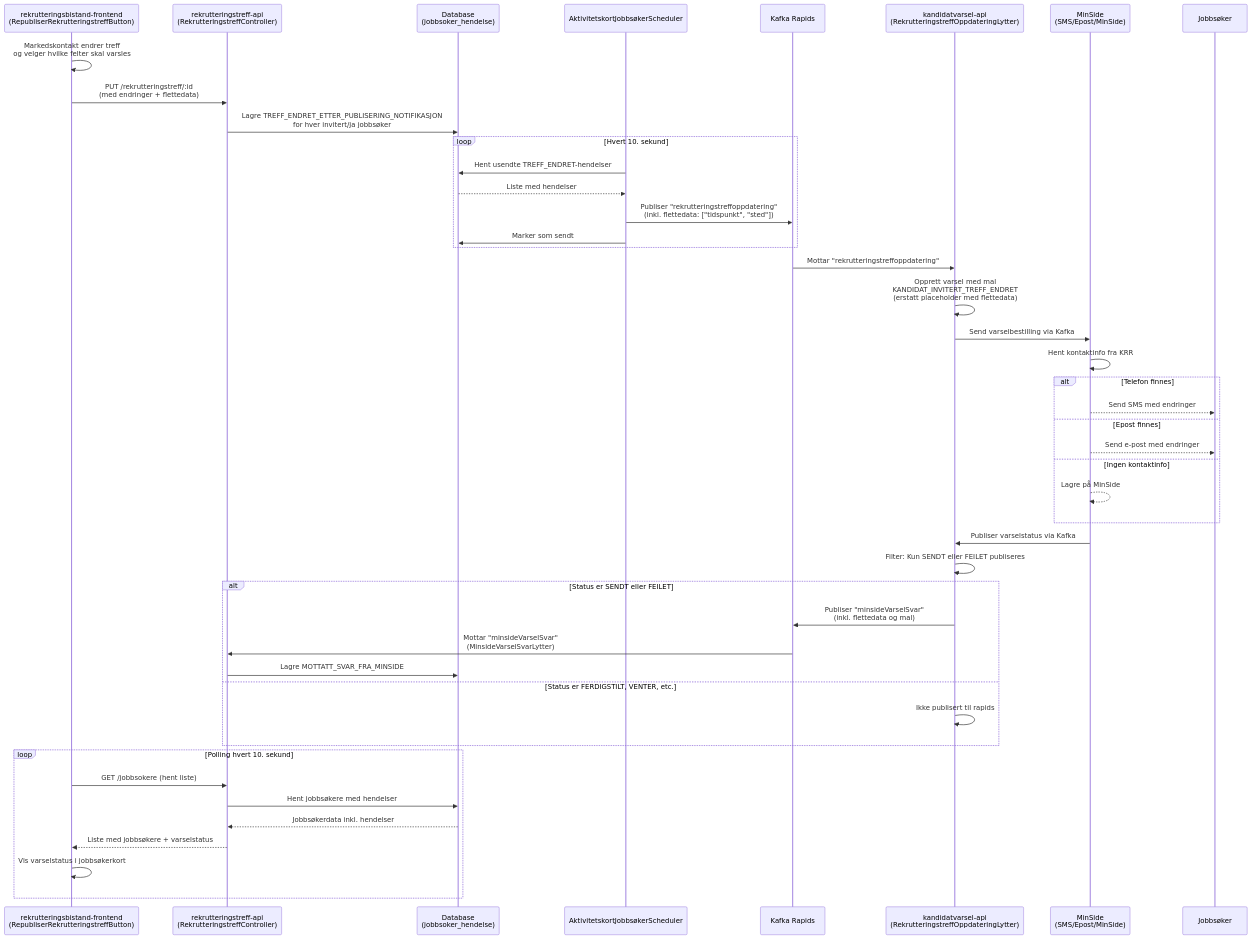
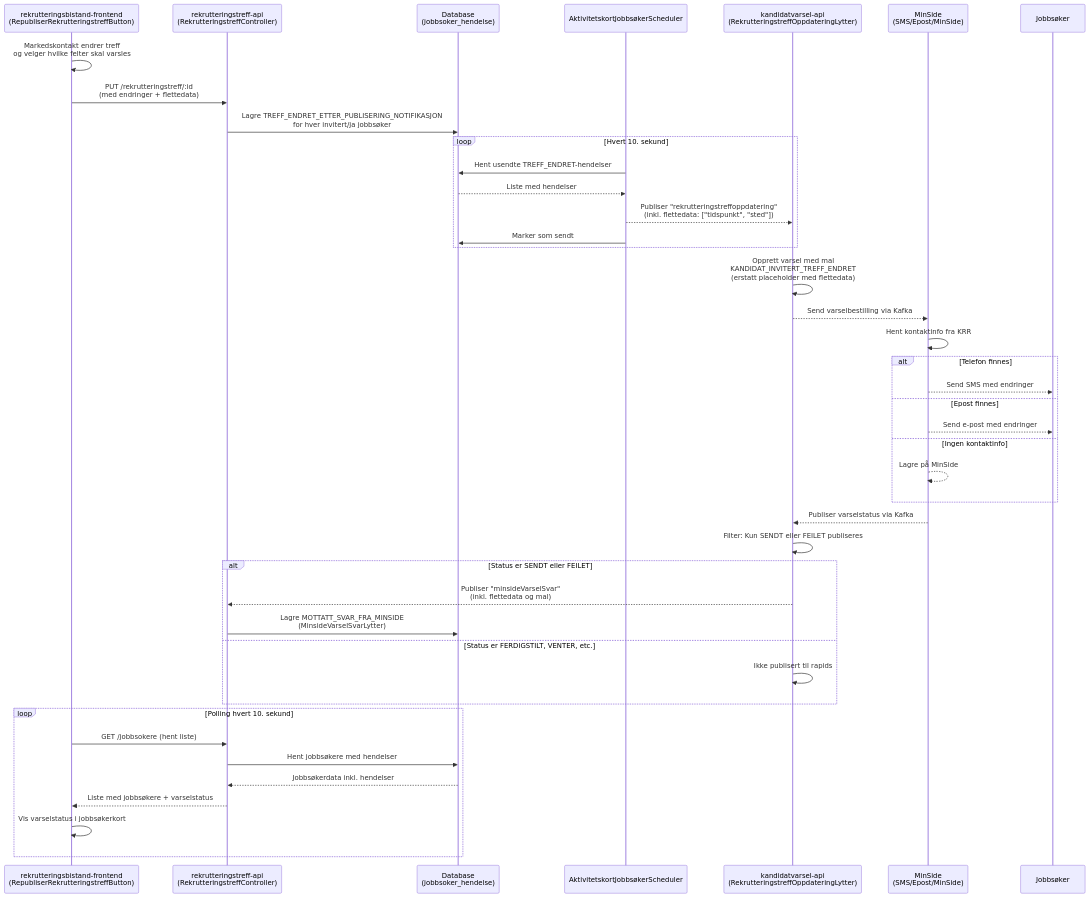
One commit to navikt/rekrutteringstreff-backend changed the second of 2 diagrams in docs/4-integrasjoner/varsling.md. Above: the diagram before and after it, drawn with Mermaid. The commit also changed other lines of this file and 2 other files, not shown here.

````diff
--- a/docs/4-integrasjoner/varsling.md
+++ b/docs/4-integrasjoner/varsling.md
@@ -142,53 +144,50 @@
 ```mermaid
 sequenceDiagram
     participant FE as rekrutteringsbistand-frontend<br/>(RepubliserRekrutteringstreffButton)
     participant API as rekrutteringstreff-api<br/>(RekrutteringstreffController)
     participant DB as Database<br/>(jobbsoker_hendelse)
     participant Scheduler as AktivitetskortJobbsøkerScheduler
-    participant Rapids as Kafka Rapids
     participant KV as kandidatvarsel-api<br/>(RekrutteringstreffOppdateringLytter)
     participant MS as MinSide<br/>(SMS/Epost/MinSide)
 
     FE->>FE: Markedskontakt endrer treff<br/>og velger hvilke felter skal varsles
     FE->>API: PUT /rekrutteringstreff/:id<br/>(med endringer + flettedata)
     API->>DB: Lagre TREFF_ENDRET_ETTER_PUBLISERING_NOTIFIKASJON<br/>for hver invitert/ja jobbsøker
 
     loop Hvert 10. sekund
         Scheduler->>DB: Hent usendte TREFF_ENDRET-hendelser
         DB-->>Scheduler: Liste med hendelser
-        Scheduler->>Rapids: Publiser "rekrutteringstreffoppdatering"<br/>(inkl. flettedata: ["tidspunkt", "sted"])
+        Scheduler-->>KV: Publiser "rekrutteringstreffoppdatering"<br/>(inkl. flettedata: ["tidspunkt", "sted"])
         Scheduler->>DB: Marker som sendt
     end
 
-    Rapids->>KV: Mottar "rekrutteringstreffoppdatering"
     KV->>KV: Opprett varsel med mal<br/>KANDIDAT_INVITERT_TREFF_ENDRET<br/>(erstatt placeholder med flettedata)
-    KV->>MS: Send varselbestilling via Kafka
+    KV-->>MS: Send varselbestilling via Kafka
 
     MS->>MS: Hent kontaktinfo fra KRR
     alt Telefon finnes
         MS-->>Jobbsøker: Send SMS med endringer
     else Epost finnes
         MS-->>Jobbsøker: Send e-post med endringer
     else Ingen kontaktinfo
         MS-->>MS: Lagre på MinSide
     end
 
-    MS->>KV: Publiser varselstatus via Kafka
+    MS-->>KV: Publiser varselstatus via Kafka
     KV->>KV: Filter: Kun SENDT eller FEILET publiseres
 
     alt Status er SENDT eller FEILET
-        KV->>Rapids: Publiser "minsideVarselSvar"<br/>(inkl. flettedata og mal)
-        Rapids->>API: Mottar "minsideVarselSvar"<br/>(MinsideVarselSvarLytter)
-        API->>DB: Lagre MOTTATT_SVAR_FRA_MINSIDE
+        KV-->>API: Publiser "minsideVarselSvar"<br/>(inkl. flettedata og mal)
+        API->>DB: Lagre MOTTATT_SVAR_FRA_MINSIDE<br/>(MinsideVarselSvarLytter)
     else Status er FERDIGSTILT, VENTER, etc.
         KV->>KV: Ikke publisert til rapids
     end
 
     loop Polling hvert 10. sekund
         FE->>API: GET /jobbsokere (hent liste)
         API->>DB: Hent jobbsøkere med hendelser
         DB-->>API: Jobbsøkerdata inkl. hendelser
         API-->>FE: Liste med jobbsøkere + varselstatus
         FE->>FE: Vis varselstatus i jobbsøkerkort
     end
 ```
````
